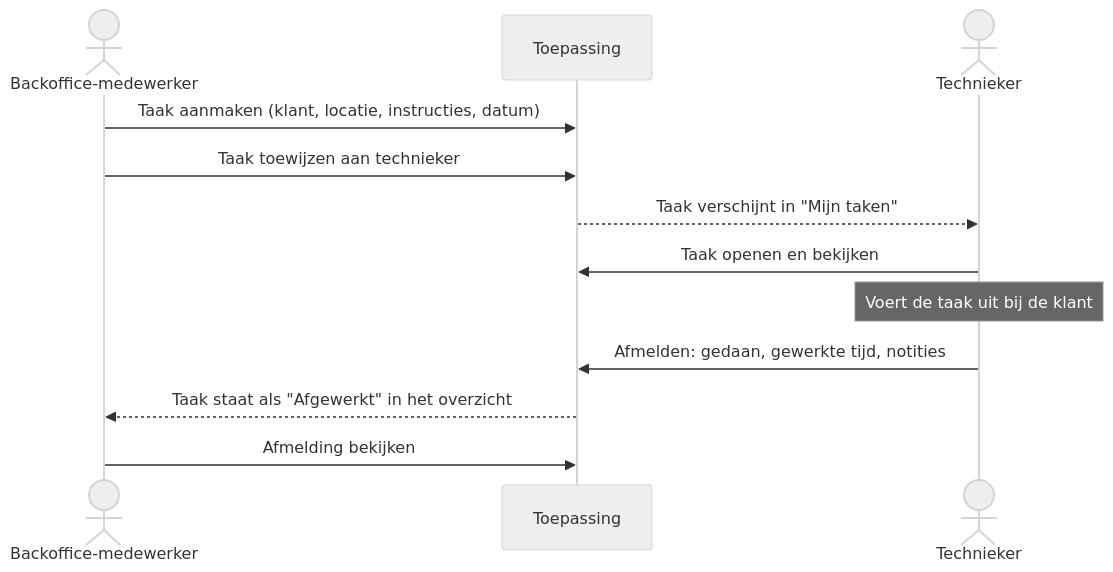
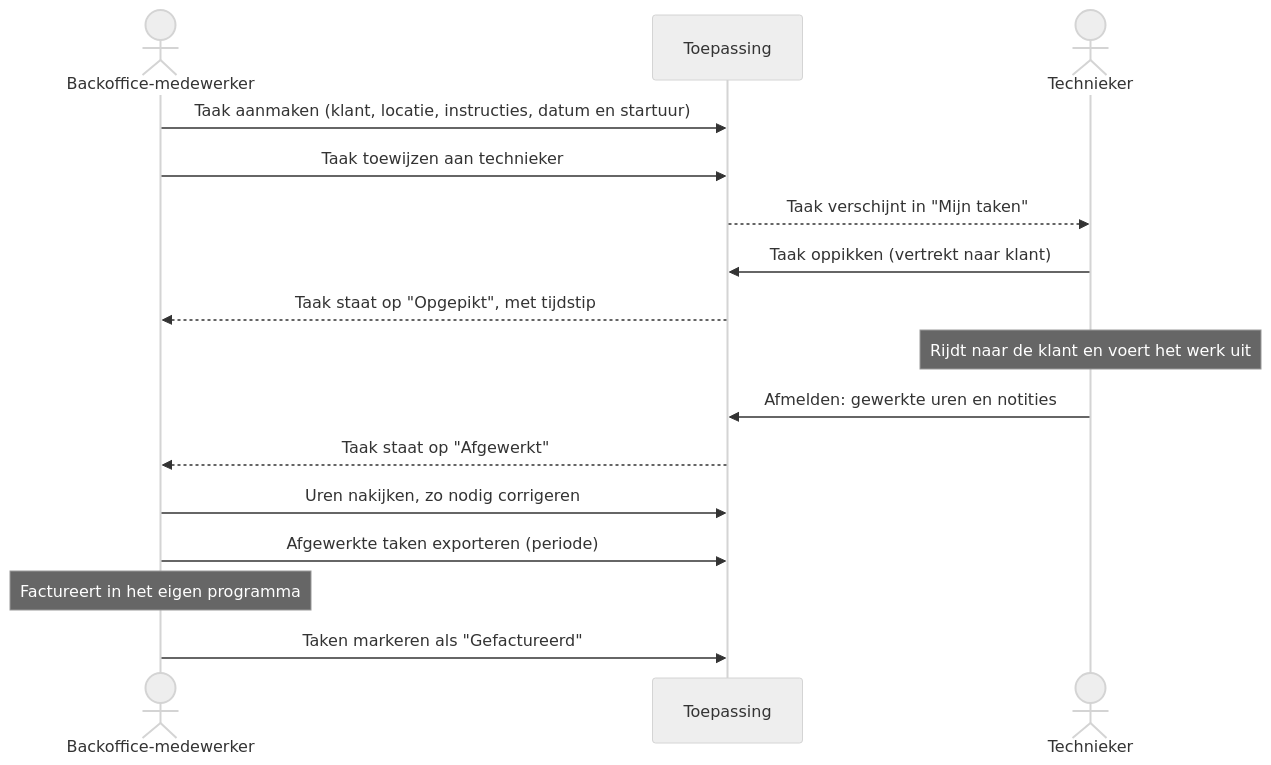
One commit to JurgenGeys/ClaudeProject-test1 changed the second of 3 diagrams in docs/analysis/taakplanning.md. Above: the diagram before and after it, drawn with Mermaid (neutral theme). The commit also changed other lines of this file, not shown here.

````diff
--- a/docs/analysis/taakplanning.md
+++ b/docs/analysis/taakplanning.md
@@ -103,15 +117,19 @@
 ```mermaid
 sequenceDiagram
     actor B as Backoffice-medewerker
     participant T as Toepassing
     actor Te as Technieker
 
-    B->>T: Taak aanmaken (klant, locatie, instructies, datum)
+    B->>T: Taak aanmaken (klant, locatie, instructies, datum en startuur)
     B->>T: Taak toewijzen aan technieker
     T-->>Te: Taak verschijnt in "Mijn taken"
-    Te->>T: Taak openen en bekijken
-    Note over Te: Voert de taak uit bij de klant
-    Te->>T: Afmelden: gedaan, gewerkte tijd, notities
-    T-->>B: Taak staat als "Afgewerkt" in het overzicht
-    B->>T: Afmelding bekijken
+    Te->>T: Taak oppikken (vertrekt naar klant)
+    T-->>B: Taak staat op "Opgepikt", met tijdstip
+    Note over Te: Rijdt naar de klant en voert het werk uit
+    Te->>T: Afmelden: gewerkte uren en notities
+    T-->>B: Taak staat op "Afgewerkt"
+    B->>T: Uren nakijken, zo nodig corrigeren
+    B->>T: Afgewerkte taken exporteren (periode)
+    Note over B: Factureert in het eigen programma
+    B->>T: Taken markeren als "Gefactureerd"
 ```
````
